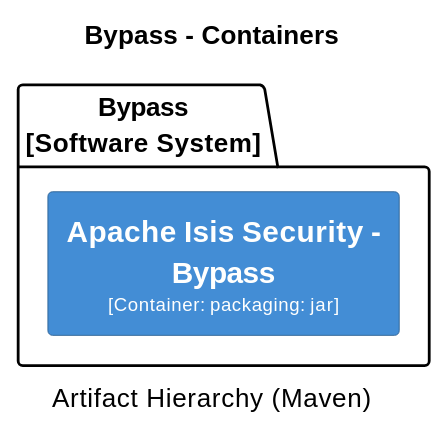
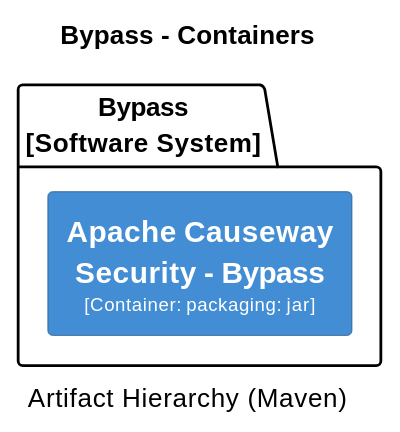
One commit to apache/causeway changed diagram 11 of 32 in core/adoc/modules/_overview/pages/about.adoc. Above: the diagram before and after it, drawn with PlantUML. The commit also changed other lines of this file and 398 other files, not shown here.

```diff
--- a/core/adoc/modules/_overview/pages/about.adoc
+++ b/core/adoc/modules/_overview/pages/about.adoc
@@ -2471,25 +2471,25 @@
 [plantuml,Bypass,svg]
 ----
 @startuml(id=Bypass)
 title Bypass - Containers
 caption Artifact Hierarchy (Maven)
 
 skinparam {
   shadowing false
   arrowFontSize 10
   defaultTextAlignment center
   wrapWidth 200
   maxMessageSize 100
 }
 hide stereotype
 left to right direction
 skinparam rectangle<<2>> {
   BackgroundColor #438dd5
   FontColor #fffffe
   BorderColor #2E6295
 }
 package "Bypass\n[Software System]" {
-  rectangle "==Apache Isis Security - Bypass\n<size:10>[Container: packaging: jar]</size>" <<2>> as 2
+  rectangle "==Apache Causeway Security - Bypass\n<size:10>[Container: packaging: jar]</size>" <<2>> as 2
 }
 @enduml
 ----
```
